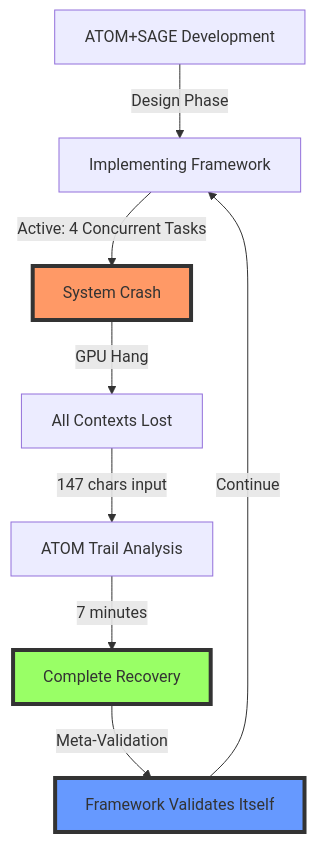
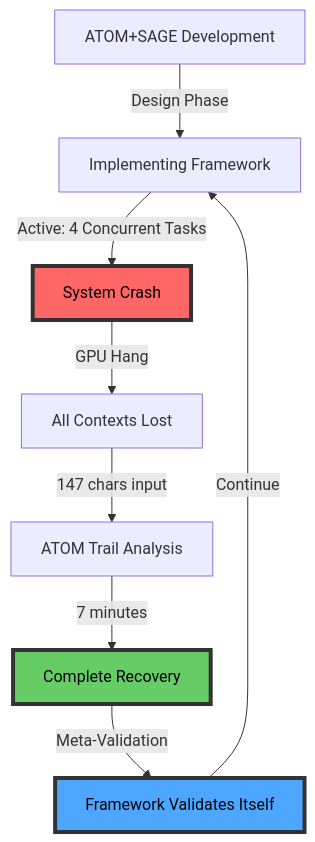
One commit to toolate28/kenl changed the first of 2 diagrams in atom-sage-framework/docs/VALIDATION_COMPLETE.md. Above: the diagram before and after it, drawn with Mermaid. The commit also changed 4 other files, not shown here.

First line of the commit message:
docs: add comprehensive ATOM log examples and fix diagram accessibility

````diff
--- a/atom-sage-framework/docs/VALIDATION_COMPLETE.md
+++ b/atom-sage-framework/docs/VALIDATION_COMPLETE.md
@@ -22,14 +22,14 @@
 ```mermaid
 graph TD
     A[ATOM+SAGE Development] -->|Design Phase| B[Implementing Framework]
     B -->|Active: 4 Concurrent Tasks| C[System Crash]
     C -->|GPU Hang| D[All Contexts Lost]
     D -->|147 chars input| E[ATOM Trail Analysis]
     E -->|7 minutes| F[Complete Recovery]
     F -->|Meta-Validation| G[Framework Validates Itself]
     G -->|Continue| B
 
-    style C fill:#f96,stroke:#333,stroke-width:4px
-    style F fill:#9f6,stroke:#333,stroke-width:4px
-    style G fill:#69f,stroke:#333,stroke-width:4px
+    style C fill:#ff6666,stroke:#333,stroke-width:4px,color:#000
+    style F fill:#66cc66,stroke:#333,stroke-width:4px,color:#000
+    style G fill:#4da6ff,stroke:#333,stroke-width:4px,color:#000
 ```
````
